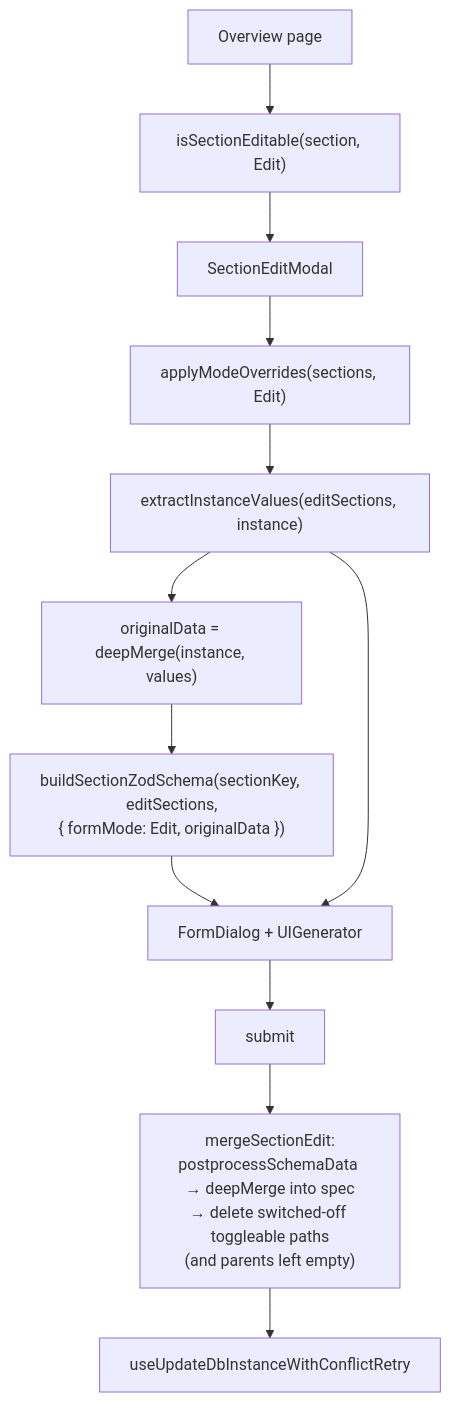
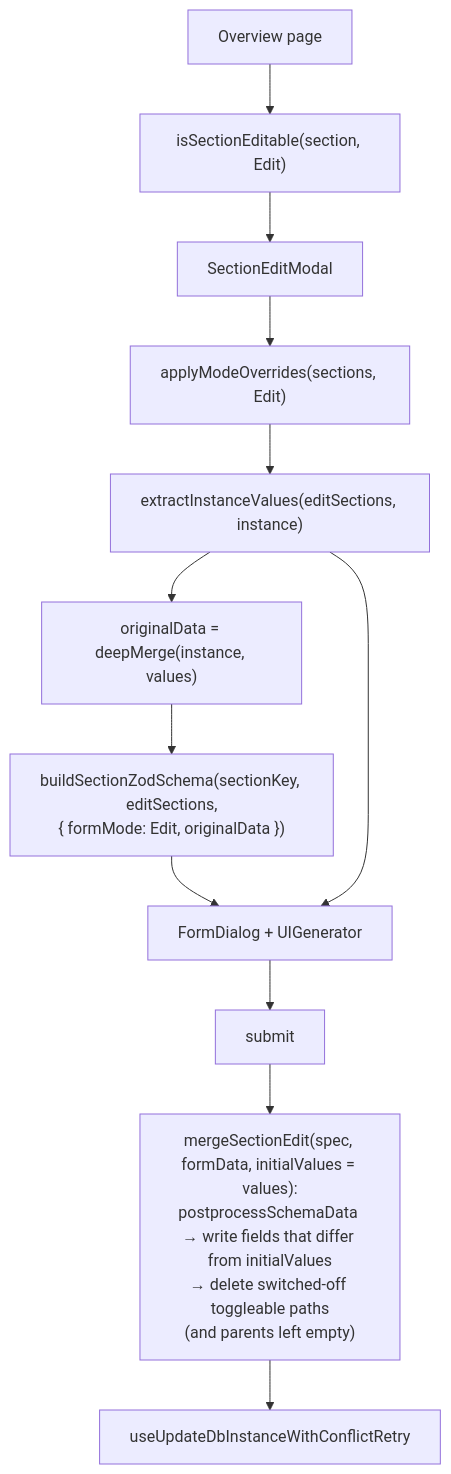
Before and after one commit to openeverest/openeverest: the third of 3 diagrams in docs/ui/architecture/ui-generator/pipeline.md, drawn with Mermaid. The commit also changed other lines of this file and 5 other files, not shown here.

First line of the commit message:
fix(ui): write only changed fields on section edit

````diff
--- a/docs/ui/architecture/ui-generator/pipeline.md
+++ b/docs/ui/architecture/ui-generator/pipeline.md
@@ -154,14 +154,14 @@
 ```mermaid
 flowchart TD
   OVERVIEW["Overview page"] --> EDITABLE["isSectionEditable(section, Edit)"]
   EDITABLE --> MODAL["SectionEditModal"]
   MODAL --> MODE["applyModeOverrides(sections, Edit)"]
   MODE --> VALUES["extractInstanceValues(editSections, instance)"]
   VALUES --> ORIGINAL["originalData = deepMerge(instance, values)"]
   ORIGINAL --> ZOD_EDIT["buildSectionZodSchema(sectionKey, editSections,<br/>{ formMode: Edit, originalData })"]
   ZOD_EDIT --> FORM["FormDialog + UIGenerator"]
   VALUES --> FORM
   FORM --> SUBMIT["submit"]
-  SUBMIT --> MERGE["mergeSectionEdit:<br/>postprocessSchemaData → deepMerge into spec<br/>→ delete switched-off toggleable paths<br/>(and parents left empty)"]
+  SUBMIT --> MERGE["mergeSectionEdit(spec, formData, initialValues = values):<br/>postprocessSchemaData → write fields that differ from initialValues<br/>→ delete switched-off toggleable paths<br/>(and parents left empty)"]
   MERGE --> UPDATE["useUpdateDbInstanceWithConflictRetry"]
 ```
````
